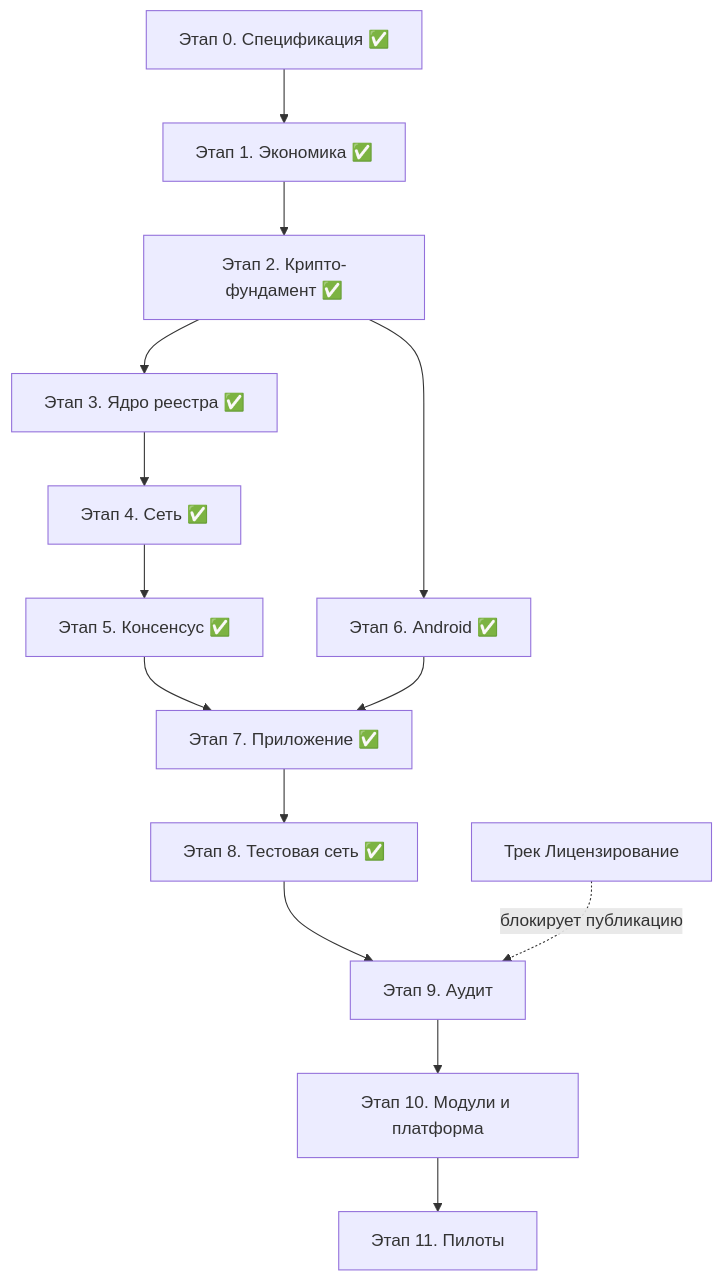
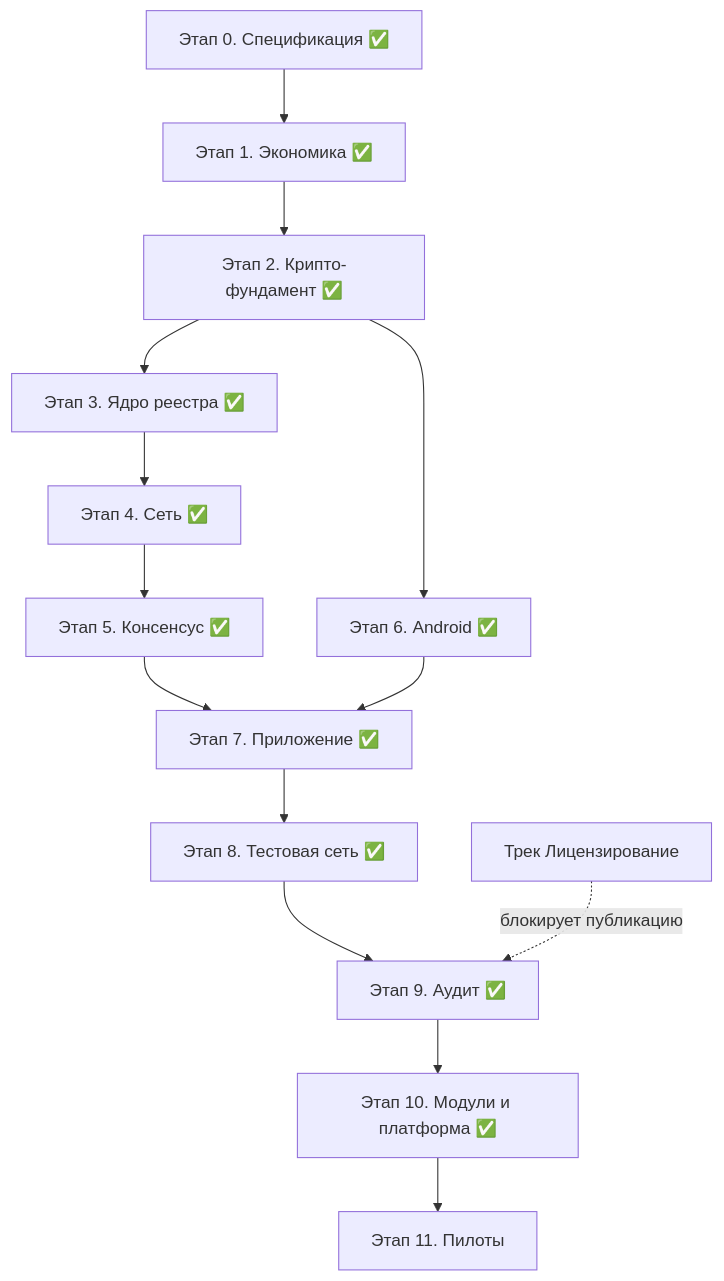
One commit to rumatakira74/equality-trust-networks changed the diagram in docs/development-plan.md. Above: the diagram before and after it, drawn with Mermaid. The commit also changed other lines of this file, not shown here.

Commit message:
План: этап 10 ✅ (merge 9136772) + восстановление утраченных правок (этап 9 ✅, шапка «Этапы 0–10», пункт адаптивной комиссии, ссылка на промпт, i18n — №47 решён)

````diff
--- a/docs/development-plan.md
+++ b/docs/development-plan.md
@@ -263,16 +264,16 @@
 ```mermaid
 flowchart TD
     S0["Этап 0. Спецификация ✅"] --> S1["Этап 1. Экономика ✅"]
     S1 --> S2["Этап 2. Крипто-фундамент ✅"]
     S2 --> S3["Этап 3. Ядро реестра ✅"]
     S3 --> S4["Этап 4. Сеть ✅"]
     S4 --> S5["Этап 5. Консенсус ✅"]
     S2 --> S6["Этап 6. Android ✅"]
     S5 --> S7["Этап 7. Приложение ✅"]
     S6 --> S7
     S7 --> S8["Этап 8. Тестовая сеть ✅"]
-    S8 --> S9["Этап 9. Аудит"]
-    S9 --> S10["Этап 10. Модули и платформа"]
+    S8 --> S9["Этап 9. Аудит ✅"]
+    S9 --> S10["Этап 10. Модули и платформа ✅"]
     S10 --> S11["Этап 11. Пилоты"]
     L["Трек Лицензирование"] -. "блокирует публикацию" .-> S9
 ```
````
